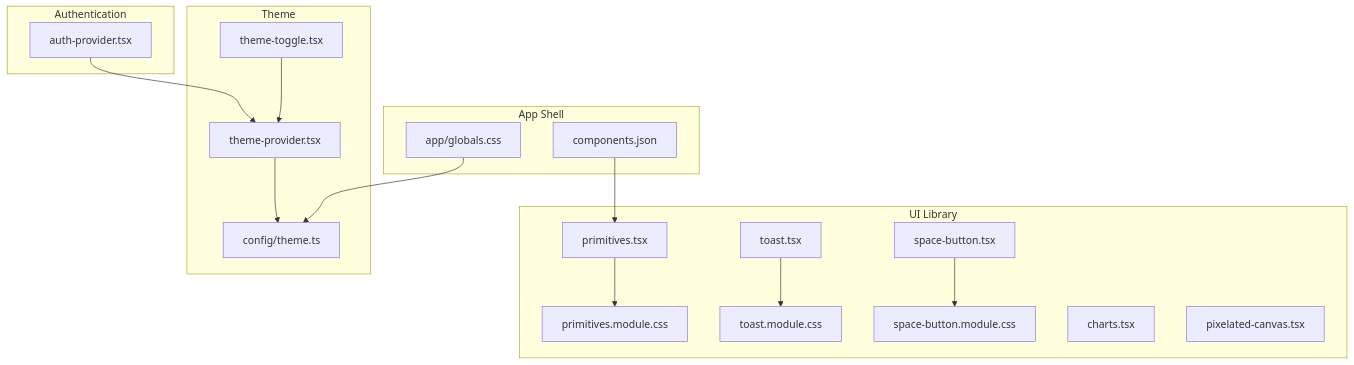
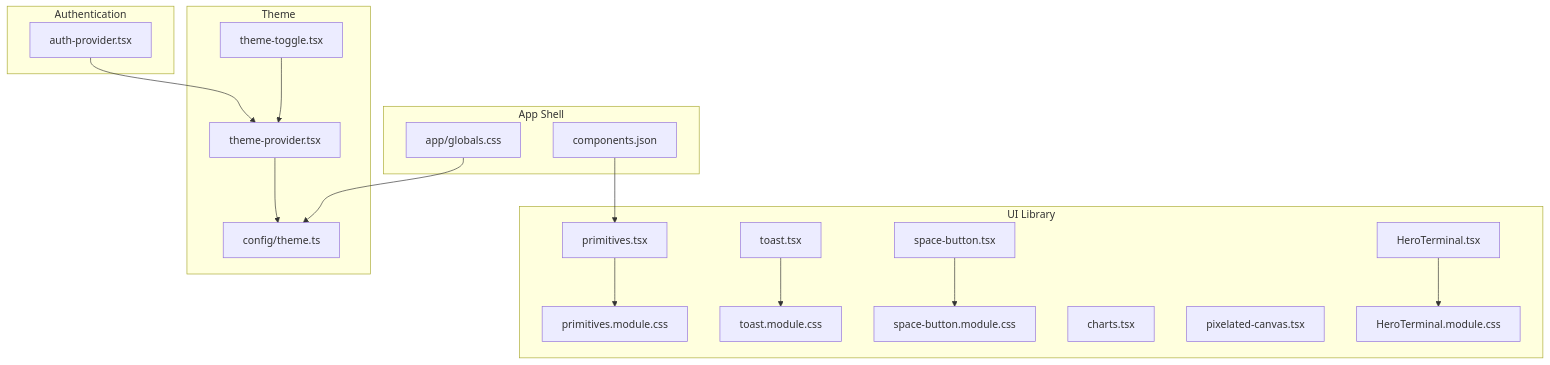
One commit to HassanAmeer/cheaprouter changed the first of 11 diagrams in .qoder/repowiki/en/content/Frontend Architecture/Component Library/Component Library.md. Above: the diagram before and after it, drawn with Mermaid. The commit also changed other lines of this file and 10 other files, not shown here.

````diff
--- a/.qoder/repowiki/en/content/Frontend Architecture/Component Library/Component Library.md
+++ b/.qoder/repowiki/en/content/Frontend Architecture/Component Library/Component Library.md
@@ -50,33 +50,36 @@
 ```mermaid
 graph TB
 subgraph "UI Library"
 primitives["primitives.tsx"]
 primitives_css["primitives.module.css"]
 toast["toast.tsx"]
 toast_css["toast.module.css"]
 space_button["space-button.tsx"]
 space_button_css["space-button.module.css"]
 charts["charts.tsx"]
 pixelated_canvas["pixelated-canvas.tsx"]
+hero_terminal["HeroTerminal.tsx"]
+hero_terminal_css["HeroTerminal.module.css"]
 end
 subgraph "Authentication"
 auth_provider["auth-provider.tsx"]
 end
 subgraph "Theme"
 theme_provider["theme-provider.tsx"]
 theme_toggle["theme-toggle.tsx"]
 theme_config["config/theme.ts"]
 end
 subgraph "App Shell"
 globals["app/globals.css"]
 shadcn_cfg["components.json"]
 end
 primitives --> primitives_css
 toast --> toast_css
 space_button --> space_button_css
+hero_terminal --> hero_terminal_css
 auth_provider --> theme_provider
 theme_provider --> theme_config
 theme_toggle --> theme_provider
 globals --> theme_config
 shadcn_cfg --> primitives
 ```
````
